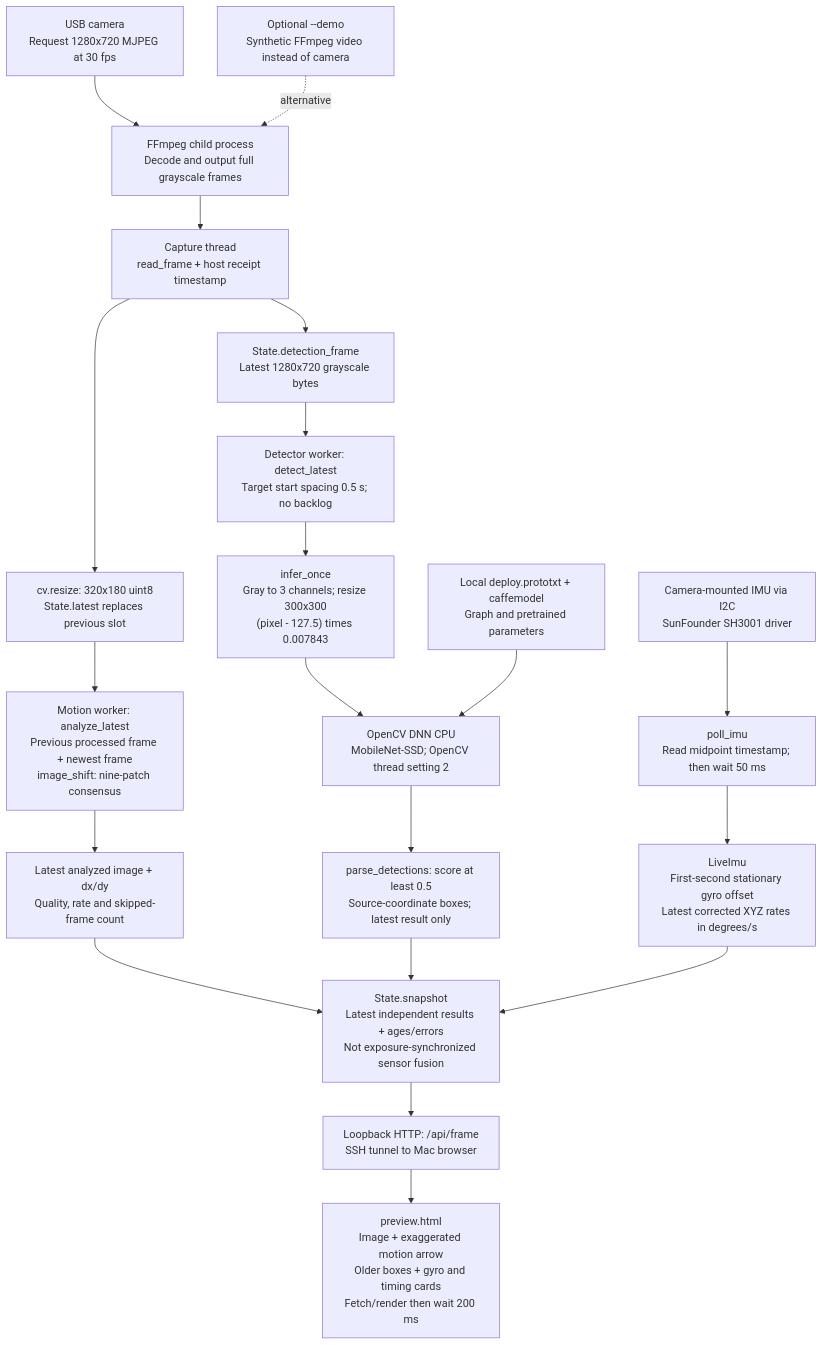
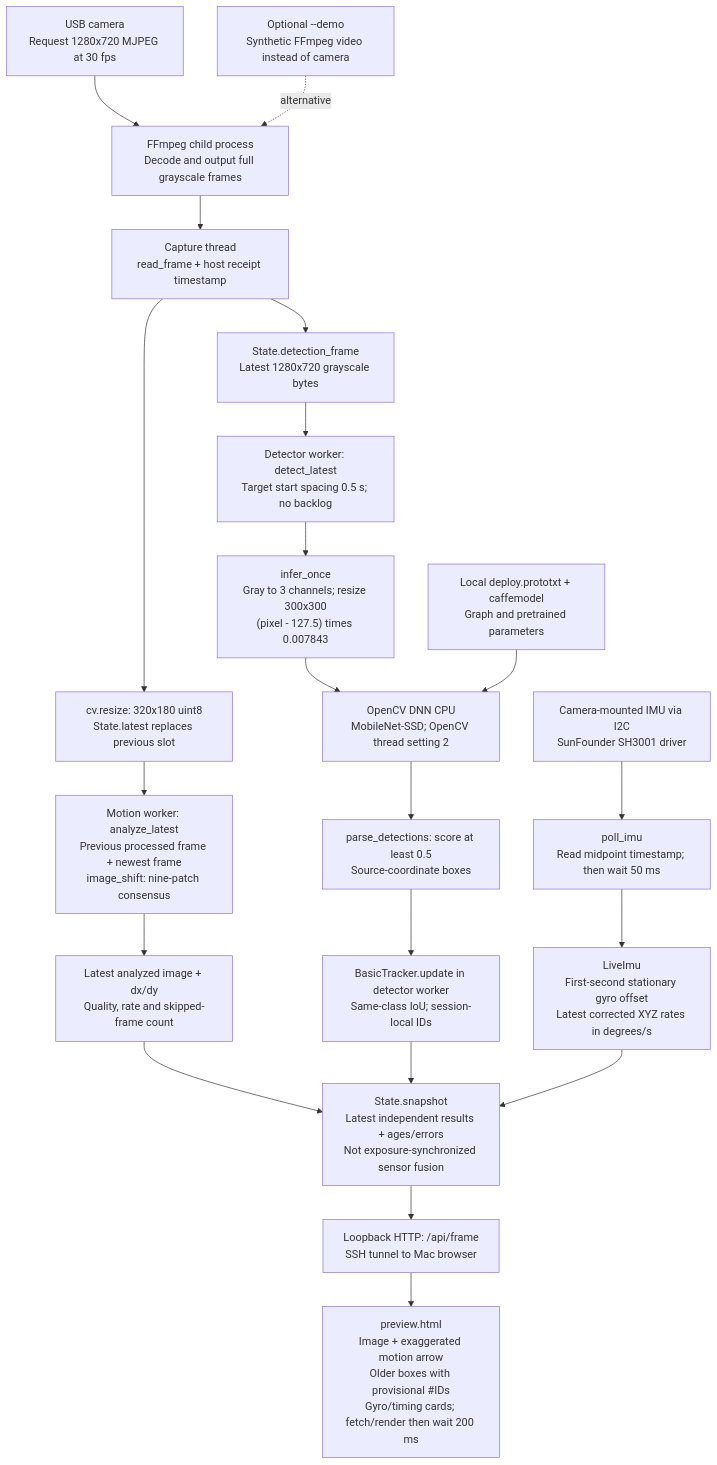
The diagram in docs/PIPELINE.md (choir0322/edgexr), drawn with Mermaid before and after one commit. The commit also changed other lines of this file and 12 other files, not shown here.

Commit message:
feat: show provisional object tracking IDs

````diff
--- a/docs/PIPELINE.md
+++ b/docs/PIPELINE.md
@@ -16,33 +17,34 @@
 ```mermaid
 flowchart TD
     CAMERA["USB camera<br/>Request 1280x720 MJPEG at 30 fps"]
     DEMO["Optional --demo<br/>Synthetic FFmpeg video instead of camera"]
     FF["FFmpeg child process<br/>Decode and output full grayscale frames"]
     CAP["Capture thread<br/>read_frame + host receipt timestamp"]
     SMALL["cv.resize: 320x180 uint8<br/>State.latest replaces previous slot"]
     MOTION["Motion worker: analyze_latest<br/>Previous processed frame + newest frame<br/>image_shift: nine-patch consensus"]
     RESULT["Latest analyzed image + dx/dy<br/>Quality, rate and skipped-frame count"]
     FULL["State.detection_frame<br/>Latest 1280x720 grayscale bytes"]
     DET["Detector worker: detect_latest<br/>Target start spacing 0.5 s; no backlog"]
     PRE["infer_once<br/>Gray to 3 channels; resize 300x300<br/>(pixel - 127.5) times 0.007843"]
     NET["OpenCV DNN CPU<br/>MobileNet-SSD; OpenCV thread setting 2"]
-    BOX["parse_detections: score at least 0.5<br/>Source-coordinate boxes; latest result only"]
+    BOX["parse_detections: score at least 0.5<br/>Source-coordinate boxes"]
+    TRACK["BasicTracker.update in detector worker<br/>Same-class IoU; session-local IDs"]
     MODEL["Local deploy.prototxt + caffemodel<br/>Graph and pretrained parameters"]
     IMU["Camera-mounted IMU via I2C<br/>SunFounder SH3001 driver"]
     POLL["poll_imu<br/>Read midpoint timestamp; then wait 50 ms"]
     BIAS["LiveImu<br/>First-second stationary gyro offset<br/>Latest corrected XYZ rates in degrees/s"]
     STATE["State.snapshot<br/>Latest independent results + ages/errors<br/>Not exposure-synchronized sensor fusion"]
     WEB["Loopback HTTP: /api/frame<br/>SSH tunnel to Mac browser"]
-    UI["preview.html<br/>Image + exaggerated motion arrow<br/>Older boxes + gyro and timing cards<br/>Fetch/render then wait 200 ms"]
+    UI["preview.html<br/>Image + exaggerated motion arrow<br/>Older boxes with provisional #IDs<br/>Gyro/timing cards; fetch/render then wait 200 ms"]
     CAMERA --> FF
     DEMO -. alternative .-> FF
     FF --> CAP
     CAP --> SMALL --> MOTION --> RESULT
-    CAP --> FULL --> DET --> PRE --> NET --> BOX
+    CAP --> FULL --> DET --> PRE --> NET --> BOX --> TRACK
     MODEL --> NET
     IMU --> POLL --> BIAS
     RESULT --> STATE
-    BOX --> STATE
+    TRACK --> STATE
     BIAS --> STATE
     STATE --> WEB --> UI
 ```
````
